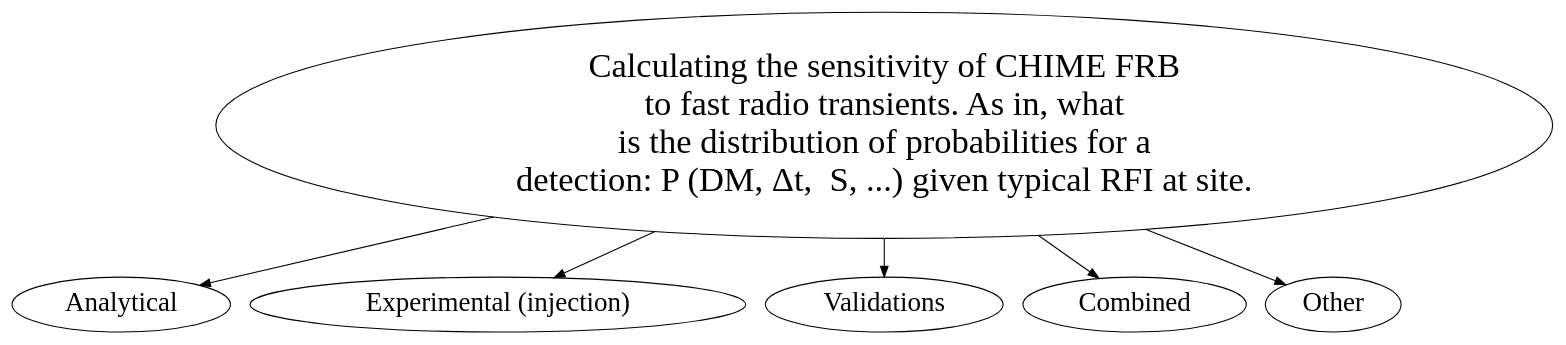
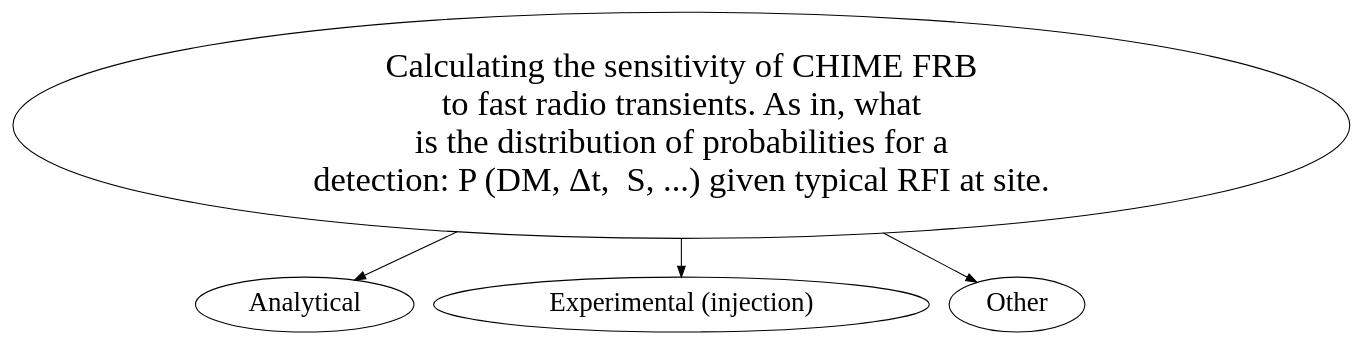
Before and after one commit to MilesCranmer/thesis_diagram: the diagram in head.dot, drawn with Graphviz.

Commit message:
Delete redundant nodes in head

```diff
--- a/head.dot
+++ b/head.dot
@@ -1,16 +1,12 @@
 digraph mygraph {
 //layout="sfdp";
-overlap="prism";
-splines="true";
-A [fontsize=32 label="Calculating the sensitivity of CHIME FRB\nto fast radio transients. As in, what\nis the distribution of probabilities for a\ndetection: P (DM, Δt,  S, ...) given typical RFI at site."];
-B1 [fontsize=25 label="Analytical"];
-B2 [fontsize=25 label="Experimental (injection)"];
-B3 [fontsize=25 label="Validations"];
-B4 [fontsize=25 label="Combined"];
-B5 [fontsize=25 label="Other"];
-A -> B1 ;
-A -> B2 ;
-A -> B3 ;
-A -> B4 ;
-A -> B5 ;
+    overlap="prism";
+    splines="true";
+    A [fontsize=32 label="Calculating the sensitivity of CHIME FRB\nto fast radio transients. As in, what\nis the distribution of probabilities for a\ndetection: P (DM, Δt,  S, ...) given typical RFI at site."];
+    B1 [fontsize=25 label="Analytical"];
+    B2 [fontsize=25 label="Experimental (injection)"];
+    B5 [fontsize=25 label="Other"];
+    A -> B1 ;
+    A -> B2 ;
+    A -> B5 ;
 }
```
